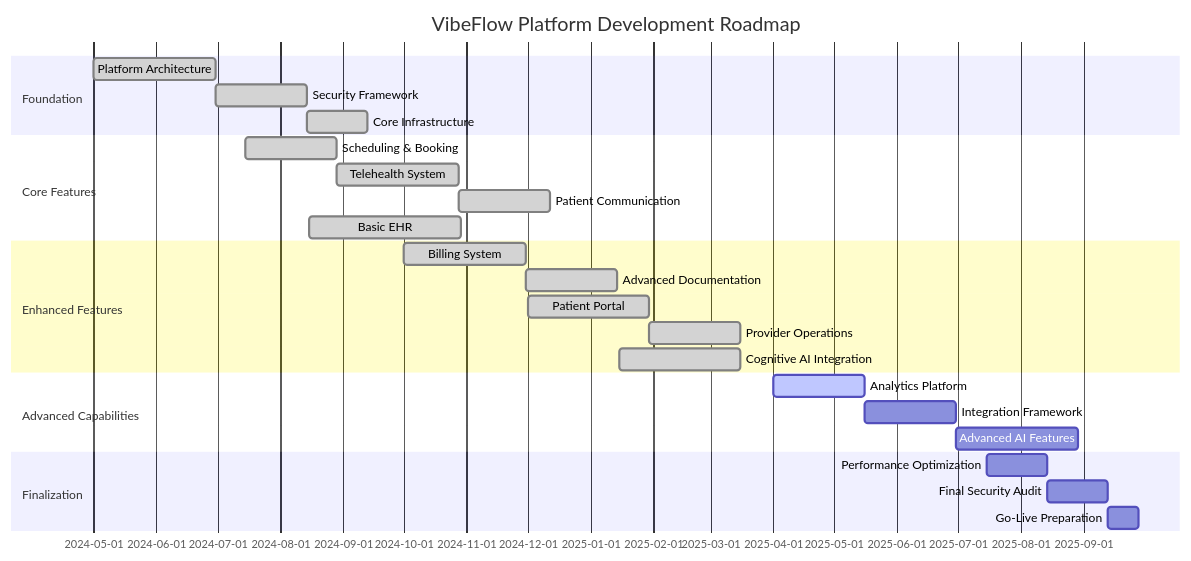
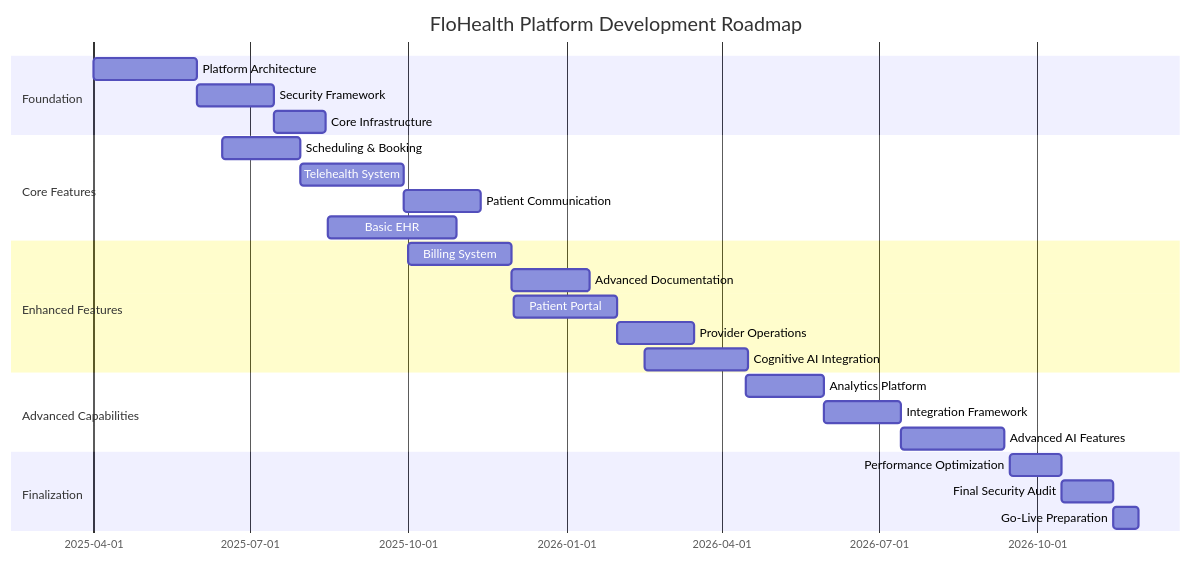
The third of 3 diagrams in README.md (SquizAI/EHR), drawn with Mermaid before and after one commit. The commit also changed other lines of this file and 15 other files, not shown here.

Commit message:
Update platform to FloHealth with sales-oriented content and fix Mermaid diagrams

````diff
--- a/README.md
+++ b/README.md
@@ -165,33 +165,33 @@
 ```mermaid
 gantt
     dateFormat  YYYY-MM-DD
-    title VibeFlow Platform Development Roadmap
+    title FloHealth Platform Development Roadmap
     
     section Foundation
-    Platform Architecture       :done, arch, 2024-05-01, 60d
-    Security Framework          :done, sec, after arch, 45d
-    Core Infrastructure         :done, infra, after sec, 30d
+    Platform Architecture       :arch, 2025-04-01, 60d
+    Security Framework          :sec, after arch, 45d
+    Core Infrastructure         :infra, after sec, 30d
     
     section Core Features
-    Scheduling & Booking        :done, sched, 2024-07-15, 45d
-    Telehealth System           :done, tele, after sched, 60d
-    Patient Communication       :done, comm, after tele, 45d
-    Basic EHR                   :done, ehr1, 2024-08-15, 75d
+    Scheduling & Booking        :sched, 2025-06-15, 45d
+    Telehealth System           :tele, after sched, 60d
+    Patient Communication       :comm, after tele, 45d
+    Basic EHR                   :ehr1, 2025-08-15, 75d
     
     section Enhanced Features
-    Billing System              :done, bill, 2024-10-01, 60d
-    Advanced Documentation      :done, doc, after bill, 45d
-    Patient Portal              :done, portal, 2024-12-01, 60d
-    Provider Operations         :done, ops, after portal, 45d
-    Cognitive AI Integration    :done, ai1, 2025-01-15, 60d
+    Billing System              :bill, 2025-10-01, 60d
+    Advanced Documentation      :doc, after bill, 45d
+    Patient Portal              :portal, 2025-12-01, 60d
+    Provider Operations         :ops, after portal, 45d
+    Cognitive AI Integration    :ai1, 2026-02-15, 60d
     
     section Advanced Capabilities
-    Analytics Platform          :active, analytics, 2025-04-01, 45d
+    Analytics Platform          :analytics, 2026-04-15, 45d
     Integration Framework       :integ, after analytics, 45d
     Advanced AI Features        :ai2, after integ, 60d
     
     section Finalization
-    Performance Optimization    :opt, 2025-07-15, 30d
+    Performance Optimization    :opt, 2026-09-15, 30d
     Final Security Audit        :audit, after opt, 30d
     Go-Live Preparation         :live, after audit, 15d
 ```
````
